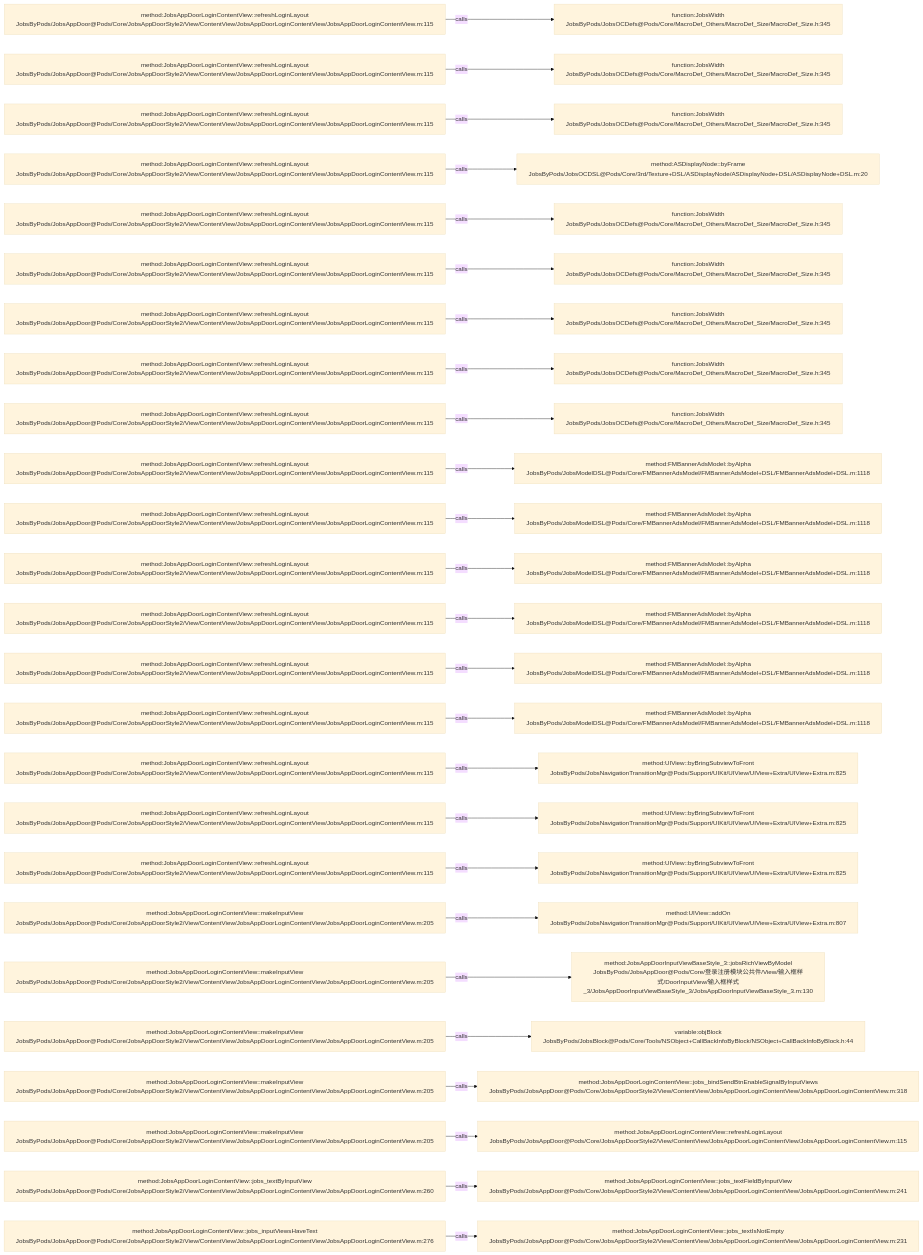
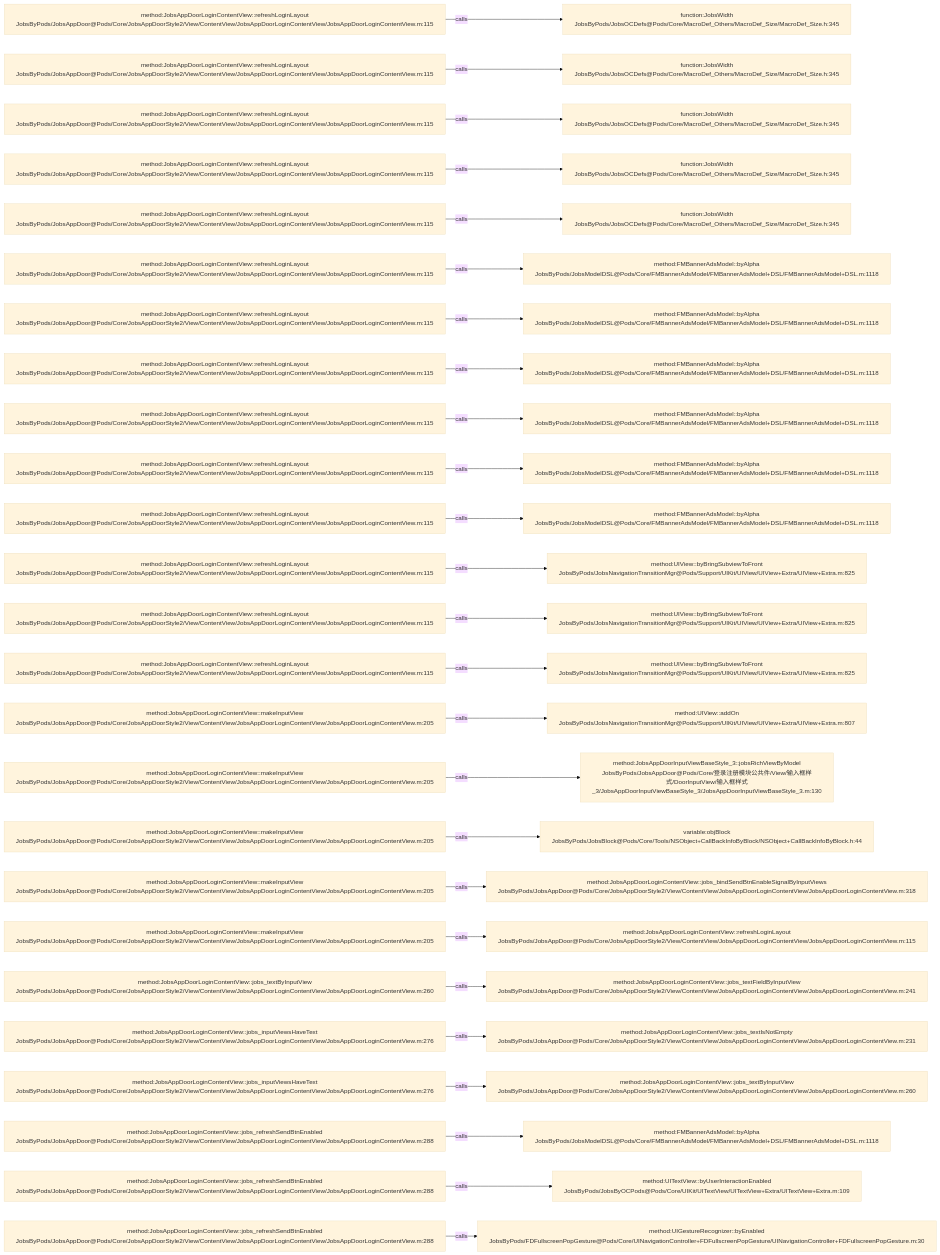
One commit to JobsKits/JobsOCBaseConfigDemo changed the diagram in .codegraph/codegraph.md/graphs/calls-119.md. Above: the diagram before and after it, drawn with Mermaid (base theme). The commit also changed 116 other files, not shown here.

````diff
--- a/.codegraph/codegraph.md/graphs/calls-119.md
+++ b/.codegraph/codegraph.md/graphs/calls-119.md
@@ -13,78 +13,78 @@
 ```mermaid
 flowchart LR
   S1["method:JobsAppDoorLoginContentView::refreshLoginLayout<br/>JobsByPods/JobsAppDoor@Pods/Core/JobsAppDoorStyle2/View/ContentView/JobsAppDoorLoginContentView/JobsAppDoorLoginContentView.m:115"]
   T1["function:JobsWidth<br/>JobsByPods/JobsOCDefs@Pods/Core/MacroDef_Others/MacroDef_Size/MacroDef_Size.h:345"]
   S1 -->|calls| T1
   S2["method:JobsAppDoorLoginContentView::refreshLoginLayout<br/>JobsByPods/JobsAppDoor@Pods/Core/JobsAppDoorStyle2/View/ContentView/JobsAppDoorLoginContentView/JobsAppDoorLoginContentView.m:115"]
   T2["function:JobsWidth<br/>JobsByPods/JobsOCDefs@Pods/Core/MacroDef_Others/MacroDef_Size/MacroDef_Size.h:345"]
   S2 -->|calls| T2
   S3["method:JobsAppDoorLoginContentView::refreshLoginLayout<br/>JobsByPods/JobsAppDoor@Pods/Core/JobsAppDoorStyle2/View/ContentView/JobsAppDoorLoginContentView/JobsAppDoorLoginContentView.m:115"]
   T3["function:JobsWidth<br/>JobsByPods/JobsOCDefs@Pods/Core/MacroDef_Others/MacroDef_Size/MacroDef_Size.h:345"]
   S3 -->|calls| T3
   S4["method:JobsAppDoorLoginContentView::refreshLoginLayout<br/>JobsByPods/JobsAppDoor@Pods/Core/JobsAppDoorStyle2/View/ContentView/JobsAppDoorLoginContentView/JobsAppDoorLoginContentView.m:115"]
-  T4["method:ASDisplayNode::byFrame<br/>JobsByPods/JobsOCDSL@Pods/Core/3rd/Texture+DSL/ASDisplayNode/ASDisplayNode+DSL/ASDisplayNode+DSL.m:20"]
+  T4["function:JobsWidth<br/>JobsByPods/JobsOCDefs@Pods/Core/MacroDef_Others/MacroDef_Size/MacroDef_Size.h:345"]
   S4 -->|calls| T4
   S5["method:JobsAppDoorLoginContentView::refreshLoginLayout<br/>JobsByPods/JobsAppDoor@Pods/Core/JobsAppDoorStyle2/View/ContentView/JobsAppDoorLoginContentView/JobsAppDoorLoginContentView.m:115"]
   T5["function:JobsWidth<br/>JobsByPods/JobsOCDefs@Pods/Core/MacroDef_Others/MacroDef_Size/MacroDef_Size.h:345"]
   S5 -->|calls| T5
   S6["method:JobsAppDoorLoginContentView::refreshLoginLayout<br/>JobsByPods/JobsAppDoor@Pods/Core/JobsAppDoorStyle2/View/ContentView/JobsAppDoorLoginContentView/JobsAppDoorLoginContentView.m:115"]
-  T6["function:JobsWidth<br/>JobsByPods/JobsOCDefs@Pods/Core/MacroDef_Others/MacroDef_Size/MacroDef_Size.h:345"]
+  T6["method:FMBannerAdsModel::byAlpha<br/>JobsByPods/JobsModelDSL@Pods/Core/FMBannerAdsModel/FMBannerAdsModel+DSL/FMBannerAdsModel+DSL.m:1118"]
   S6 -->|calls| T6
   S7["method:JobsAppDoorLoginContentView::refreshLoginLayout<br/>JobsByPods/JobsAppDoor@Pods/Core/JobsAppDoorStyle2/View/ContentView/JobsAppDoorLoginContentView/JobsAppDoorLoginContentView.m:115"]
-  T7["function:JobsWidth<br/>JobsByPods/JobsOCDefs@Pods/Core/MacroDef_Others/MacroDef_Size/MacroDef_Size.h:345"]
+  T7["method:FMBannerAdsModel::byAlpha<br/>JobsByPods/JobsModelDSL@Pods/Core/FMBannerAdsModel/FMBannerAdsModel+DSL/FMBannerAdsModel+DSL.m:1118"]
   S7 -->|calls| T7
   S8["method:JobsAppDoorLoginContentView::refreshLoginLayout<br/>JobsByPods/JobsAppDoor@Pods/Core/JobsAppDoorStyle2/View/ContentView/JobsAppDoorLoginContentView/JobsAppDoorLoginContentView.m:115"]
-  T8["function:JobsWidth<br/>JobsByPods/JobsOCDefs@Pods/Core/MacroDef_Others/MacroDef_Size/MacroDef_Size.h:345"]
+  T8["method:FMBannerAdsModel::byAlpha<br/>JobsByPods/JobsModelDSL@Pods/Core/FMBannerAdsModel/FMBannerAdsModel+DSL/FMBannerAdsModel+DSL.m:1118"]
   S8 -->|calls| T8
   S9["method:JobsAppDoorLoginContentView::refreshLoginLayout<br/>JobsByPods/JobsAppDoor@Pods/Core/JobsAppDoorStyle2/View/ContentView/JobsAppDoorLoginContentView/JobsAppDoorLoginContentView.m:115"]
-  T9["function:JobsWidth<br/>JobsByPods/JobsOCDefs@Pods/Core/MacroDef_Others/MacroDef_Size/MacroDef_Size.h:345"]
+  T9["method:FMBannerAdsModel::byAlpha<br/>JobsByPods/JobsModelDSL@Pods/Core/FMBannerAdsModel/FMBannerAdsModel+DSL/FMBannerAdsModel+DSL.m:1118"]
   S9 -->|calls| T9
   S10["method:JobsAppDoorLoginContentView::refreshLoginLayout<br/>JobsByPods/JobsAppDoor@Pods/Core/JobsAppDoorStyle2/View/ContentView/JobsAppDoorLoginContentView/JobsAppDoorLoginContentView.m:115"]
   T10["method:FMBannerAdsModel::byAlpha<br/>JobsByPods/JobsModelDSL@Pods/Core/FMBannerAdsModel/FMBannerAdsModel+DSL/FMBannerAdsModel+DSL.m:1118"]
   S10 -->|calls| T10
   S11["method:JobsAppDoorLoginContentView::refreshLoginLayout<br/>JobsByPods/JobsAppDoor@Pods/Core/JobsAppDoorStyle2/View/ContentView/JobsAppDoorLoginContentView/JobsAppDoorLoginContentView.m:115"]
   T11["method:FMBannerAdsModel::byAlpha<br/>JobsByPods/JobsModelDSL@Pods/Core/FMBannerAdsModel/FMBannerAdsModel+DSL/FMBannerAdsModel+DSL.m:1118"]
   S11 -->|calls| T11
   S12["method:JobsAppDoorLoginContentView::refreshLoginLayout<br/>JobsByPods/JobsAppDoor@Pods/Core/JobsAppDoorStyle2/View/ContentView/JobsAppDoorLoginContentView/JobsAppDoorLoginContentView.m:115"]
-  T12["method:FMBannerAdsModel::byAlpha<br/>JobsByPods/JobsModelDSL@Pods/Core/FMBannerAdsModel/FMBannerAdsModel+DSL/FMBannerAdsModel+DSL.m:1118"]
+  T12["method:UIView::byBringSubviewToFront<br/>JobsByPods/JobsNavigationTransitionMgr@Pods/Support/UIKit/UIView/UIView+Extra/UIView+Extra.m:825"]
   S12 -->|calls| T12
   S13["method:JobsAppDoorLoginContentView::refreshLoginLayout<br/>JobsByPods/JobsAppDoor@Pods/Core/JobsAppDoorStyle2/View/ContentView/JobsAppDoorLoginContentView/JobsAppDoorLoginContentView.m:115"]
-  T13["method:FMBannerAdsModel::byAlpha<br/>JobsByPods/JobsModelDSL@Pods/Core/FMBannerAdsModel/FMBannerAdsModel+DSL/FMBannerAdsModel+DSL.m:1118"]
+  T13["method:UIView::byBringSubviewToFront<br/>JobsByPods/JobsNavigationTransitionMgr@Pods/Support/UIKit/UIView/UIView+Extra/UIView+Extra.m:825"]
   S13 -->|calls| T13
   S14["method:JobsAppDoorLoginContentView::refreshLoginLayout<br/>JobsByPods/JobsAppDoor@Pods/Core/JobsAppDoorStyle2/View/ContentView/JobsAppDoorLoginContentView/JobsAppDoorLoginContentView.m:115"]
-  T14["method:FMBannerAdsModel::byAlpha<br/>JobsByPods/JobsModelDSL@Pods/Core/FMBannerAdsModel/FMBannerAdsModel+DSL/FMBannerAdsModel+DSL.m:1118"]
+  T14["method:UIView::byBringSubviewToFront<br/>JobsByPods/JobsNavigationTransitionMgr@Pods/Support/UIKit/UIView/UIView+Extra/UIView+Extra.m:825"]
   S14 -->|calls| T14
-  S15["method:JobsAppDoorLoginContentView::refreshLoginLayout<br/>JobsByPods/JobsAppDoor@Pods/Core/JobsAppDoorStyle2/View/ContentView/JobsAppDoorLoginContentView/JobsAppDoorLoginContentView.m:115"]
-  T15["method:FMBannerAdsModel::byAlpha<br/>JobsByPods/JobsModelDSL@Pods/Core/FMBannerAdsModel/FMBannerAdsModel+DSL/FMBannerAdsModel+DSL.m:1118"]
+  S15["method:JobsAppDoorLoginContentView::makeInputView<br/>JobsByPods/JobsAppDoor@Pods/Core/JobsAppDoorStyle2/View/ContentView/JobsAppDoorLoginContentView/JobsAppDoorLoginContentView.m:205"]
+  T15["method:UIView::addOn<br/>JobsByPods/JobsNavigationTransitionMgr@Pods/Support/UIKit/UIView/UIView+Extra/UIView+Extra.m:807"]
   S15 -->|calls| T15
-  S16["method:JobsAppDoorLoginContentView::refreshLoginLayout<br/>JobsByPods/JobsAppDoor@Pods/Core/JobsAppDoorStyle2/View/ContentView/JobsAppDoorLoginContentView/JobsAppDoorLoginContentView.m:115"]
-  T16["method:UIView::byBringSubviewToFront<br/>JobsByPods/JobsNavigationTransitionMgr@Pods/Support/UIKit/UIView/UIView+Extra/UIView+Extra.m:825"]
+  S16["method:JobsAppDoorLoginContentView::makeInputView<br/>JobsByPods/JobsAppDoor@Pods/Core/JobsAppDoorStyle2/View/ContentView/JobsAppDoorLoginContentView/JobsAppDoorLoginContentView.m:205"]
+  T16["method:JobsAppDoorInputViewBaseStyle_3::jobsRichViewByModel<br/>JobsByPods/JobsAppDoor@Pods/Core/登录注册模块公共件/View/输入框样式/DoorInputView/输入框样式_3/JobsAppDoorInputViewBaseStyle_3/JobsAppDoorInputViewBaseStyle_3.m:130"]
   S16 -->|calls| T16
-  S17["method:JobsAppDoorLoginContentView::refreshLoginLayout<br/>JobsByPods/JobsAppDoor@Pods/Core/JobsAppDoorStyle2/View/ContentView/JobsAppDoorLoginContentView/JobsAppDoorLoginContentView.m:115"]
-  T17["method:UIView::byBringSubviewToFront<br/>JobsByPods/JobsNavigationTransitionMgr@Pods/Support/UIKit/UIView/UIView+Extra/UIView+Extra.m:825"]
+  S17["method:JobsAppDoorLoginContentView::makeInputView<br/>JobsByPods/JobsAppDoor@Pods/Core/JobsAppDoorStyle2/View/ContentView/JobsAppDoorLoginContentView/JobsAppDoorLoginContentView.m:205"]
+  T17["variable:objBlock<br/>JobsByPods/JobsBlock@Pods/Core/Tools/NSObject+CallBackInfoByBlock/NSObject+CallBackInfoByBlock.h:44"]
   S17 -->|calls| T17
-  S18["method:JobsAppDoorLoginContentView::refreshLoginLayout<br/>JobsByPods/JobsAppDoor@Pods/Core/JobsAppDoorStyle2/View/ContentView/JobsAppDoorLoginContentView/JobsAppDoorLoginContentView.m:115"]
-  T18["method:UIView::byBringSubviewToFront<br/>JobsByPods/JobsNavigationTransitionMgr@Pods/Support/UIKit/UIView/UIView+Extra/UIView+Extra.m:825"]
+  S18["method:JobsAppDoorLoginContentView::makeInputView<br/>JobsByPods/JobsAppDoor@Pods/Core/JobsAppDoorStyle2/View/ContentView/JobsAppDoorLoginContentView/JobsAppDoorLoginContentView.m:205"]
+  T18["method:JobsAppDoorLoginContentView::jobs_bindSendBtnEnableSignalByInputViews<br/>JobsByPods/JobsAppDoor@Pods/Core/JobsAppDoorStyle2/View/ContentView/JobsAppDoorLoginContentView/JobsAppDoorLoginContentView.m:318"]
   S18 -->|calls| T18
   S19["method:JobsAppDoorLoginContentView::makeInputView<br/>JobsByPods/JobsAppDoor@Pods/Core/JobsAppDoorStyle2/View/ContentView/JobsAppDoorLoginContentView/JobsAppDoorLoginContentView.m:205"]
-  T19["method:UIView::addOn<br/>JobsByPods/JobsNavigationTransitionMgr@Pods/Support/UIKit/UIView/UIView+Extra/UIView+Extra.m:807"]
+  T19["method:JobsAppDoorLoginContentView::refreshLoginLayout<br/>JobsByPods/JobsAppDoor@Pods/Core/JobsAppDoorStyle2/View/ContentView/JobsAppDoorLoginContentView/JobsAppDoorLoginContentView.m:115"]
   S19 -->|calls| T19
-  S20["method:JobsAppDoorLoginContentView::makeInputView<br/>JobsByPods/JobsAppDoor@Pods/Core/JobsAppDoorStyle2/View/ContentView/JobsAppDoorLoginContentView/JobsAppDoorLoginContentView.m:205"]
-  T20["method:JobsAppDoorInputViewBaseStyle_3::jobsRichViewByModel<br/>JobsByPods/JobsAppDoor@Pods/Core/登录注册模块公共件/View/输入框样式/DoorInputView/输入框样式_3/JobsAppDoorInputViewBaseStyle_3/JobsAppDoorInputViewBaseStyle_3.m:130"]
+  S20["method:JobsAppDoorLoginContentView::jobs_textByInputView<br/>JobsByPods/JobsAppDoor@Pods/Core/JobsAppDoorStyle2/View/ContentView/JobsAppDoorLoginContentView/JobsAppDoorLoginContentView.m:260"]
+  T20["method:JobsAppDoorLoginContentView::jobs_textFieldByInputView<br/>JobsByPods/JobsAppDoor@Pods/Core/JobsAppDoorStyle2/View/ContentView/JobsAppDoorLoginContentView/JobsAppDoorLoginContentView.m:241"]
   S20 -->|calls| T20
-  S21["method:JobsAppDoorLoginContentView::makeInputView<br/>JobsByPods/JobsAppDoor@Pods/Core/JobsAppDoorStyle2/View/ContentView/JobsAppDoorLoginContentView/JobsAppDoorLoginContentView.m:205"]
-  T21["variable:objBlock<br/>JobsByPods/JobsBlock@Pods/Core/Tools/NSObject+CallBackInfoByBlock/NSObject+CallBackInfoByBlock.h:44"]
+  S21["method:JobsAppDoorLoginContentView::jobs_inputViewsHaveText<br/>JobsByPods/JobsAppDoor@Pods/Core/JobsAppDoorStyle2/View/ContentView/JobsAppDoorLoginContentView/JobsAppDoorLoginContentView.m:276"]
+  T21["method:JobsAppDoorLoginContentView::jobs_textIsNotEmpty<br/>JobsByPods/JobsAppDoor@Pods/Core/JobsAppDoorStyle2/View/ContentView/JobsAppDoorLoginContentView/JobsAppDoorLoginContentView.m:231"]
   S21 -->|calls| T21
-  S22["method:JobsAppDoorLoginContentView::makeInputView<br/>JobsByPods/JobsAppDoor@Pods/Core/JobsAppDoorStyle2/View/ContentView/JobsAppDoorLoginContentView/JobsAppDoorLoginContentView.m:205"]
-  T22["method:JobsAppDoorLoginContentView::jobs_bindSendBtnEnableSignalByInputViews<br/>JobsByPods/JobsAppDoor@Pods/Core/JobsAppDoorStyle2/View/ContentView/JobsAppDoorLoginContentView/JobsAppDoorLoginContentView.m:318"]
+  S22["method:JobsAppDoorLoginContentView::jobs_inputViewsHaveText<br/>JobsByPods/JobsAppDoor@Pods/Core/JobsAppDoorStyle2/View/ContentView/JobsAppDoorLoginContentView/JobsAppDoorLoginContentView.m:276"]
+  T22["method:JobsAppDoorLoginContentView::jobs_textByInputView<br/>JobsByPods/JobsAppDoor@Pods/Core/JobsAppDoorStyle2/View/ContentView/JobsAppDoorLoginContentView/JobsAppDoorLoginContentView.m:260"]
   S22 -->|calls| T22
-  S23["method:JobsAppDoorLoginContentView::makeInputView<br/>JobsByPods/JobsAppDoor@Pods/Core/JobsAppDoorStyle2/View/ContentView/JobsAppDoorLoginContentView/JobsAppDoorLoginContentView.m:205"]
-  T23["method:JobsAppDoorLoginContentView::refreshLoginLayout<br/>JobsByPods/JobsAppDoor@Pods/Core/JobsAppDoorStyle2/View/ContentView/JobsAppDoorLoginContentView/JobsAppDoorLoginContentView.m:115"]
+  S23["method:JobsAppDoorLoginContentView::jobs_refreshSendBtnEnabled<br/>JobsByPods/JobsAppDoor@Pods/Core/JobsAppDoorStyle2/View/ContentView/JobsAppDoorLoginContentView/JobsAppDoorLoginContentView.m:288"]
+  T23["method:FMBannerAdsModel::byAlpha<br/>JobsByPods/JobsModelDSL@Pods/Core/FMBannerAdsModel/FMBannerAdsModel+DSL/FMBannerAdsModel+DSL.m:1118"]
   S23 -->|calls| T23
-  S24["method:JobsAppDoorLoginContentView::jobs_textByInputView<br/>JobsByPods/JobsAppDoor@Pods/Core/JobsAppDoorStyle2/View/ContentView/JobsAppDoorLoginContentView/JobsAppDoorLoginContentView.m:260"]
-  T24["method:JobsAppDoorLoginContentView::jobs_textFieldByInputView<br/>JobsByPods/JobsAppDoor@Pods/Core/JobsAppDoorStyle2/View/ContentView/JobsAppDoorLoginContentView/JobsAppDoorLoginContentView.m:241"]
+  S24["method:JobsAppDoorLoginContentView::jobs_refreshSendBtnEnabled<br/>JobsByPods/JobsAppDoor@Pods/Core/JobsAppDoorStyle2/View/ContentView/JobsAppDoorLoginContentView/JobsAppDoorLoginContentView.m:288"]
+  T24["method:UITextView::byUserInteractionEnabled<br/>JobsByPods/JobsByOCPods@Pods/Core/UIKit/UITextView/UITextView+Extra/UITextView+Extra.m:109"]
   S24 -->|calls| T24
-  S25["method:JobsAppDoorLoginContentView::jobs_inputViewsHaveText<br/>JobsByPods/JobsAppDoor@Pods/Core/JobsAppDoorStyle2/View/ContentView/JobsAppDoorLoginContentView/JobsAppDoorLoginContentView.m:276"]
-  T25["method:JobsAppDoorLoginContentView::jobs_textIsNotEmpty<br/>JobsByPods/JobsAppDoor@Pods/Core/JobsAppDoorStyle2/View/ContentView/JobsAppDoorLoginContentView/JobsAppDoorLoginContentView.m:231"]
+  S25["method:JobsAppDoorLoginContentView::jobs_refreshSendBtnEnabled<br/>JobsByPods/JobsAppDoor@Pods/Core/JobsAppDoorStyle2/View/ContentView/JobsAppDoorLoginContentView/JobsAppDoorLoginContentView.m:288"]
+  T25["method:UIGestureRecognizer::byEnabled<br/>JobsByPods/FDFullscreenPopGesture@Pods/Core/UINavigationController+FDFullscreenPopGesture/UINavigationController+FDFullscreenPopGesture.m:30"]
   S25 -->|calls| T25
 ```
````
